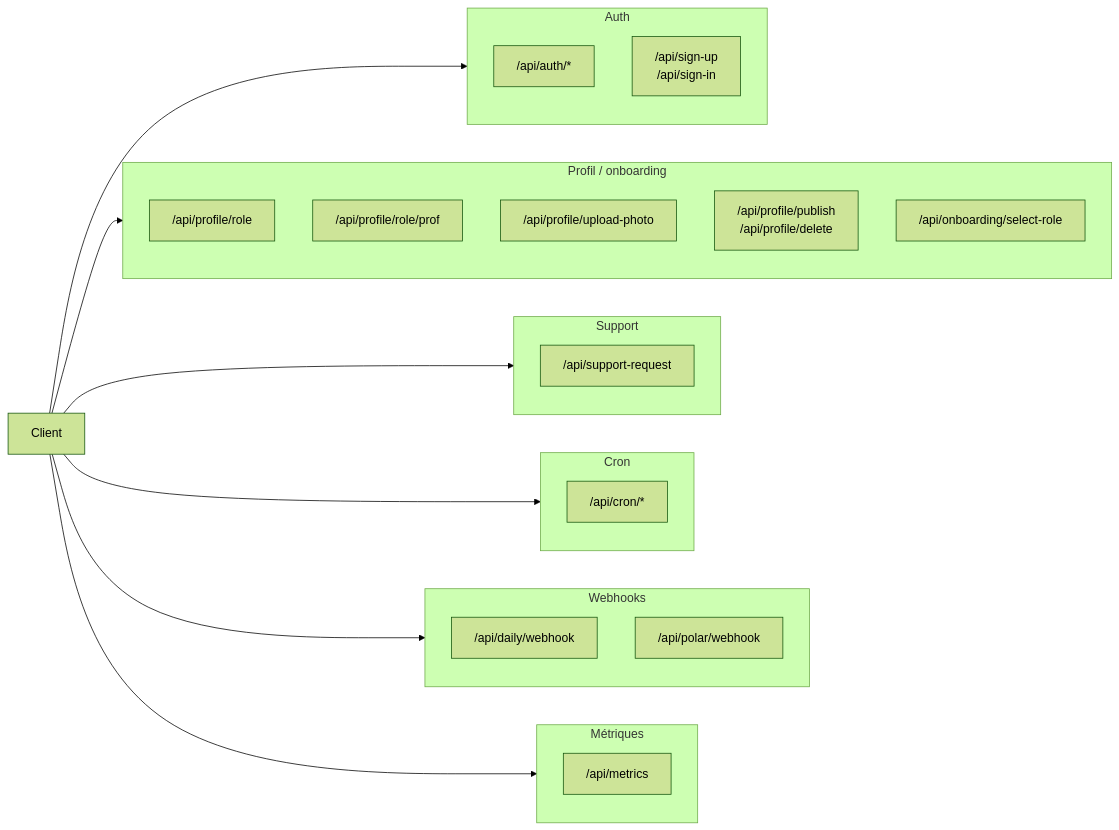
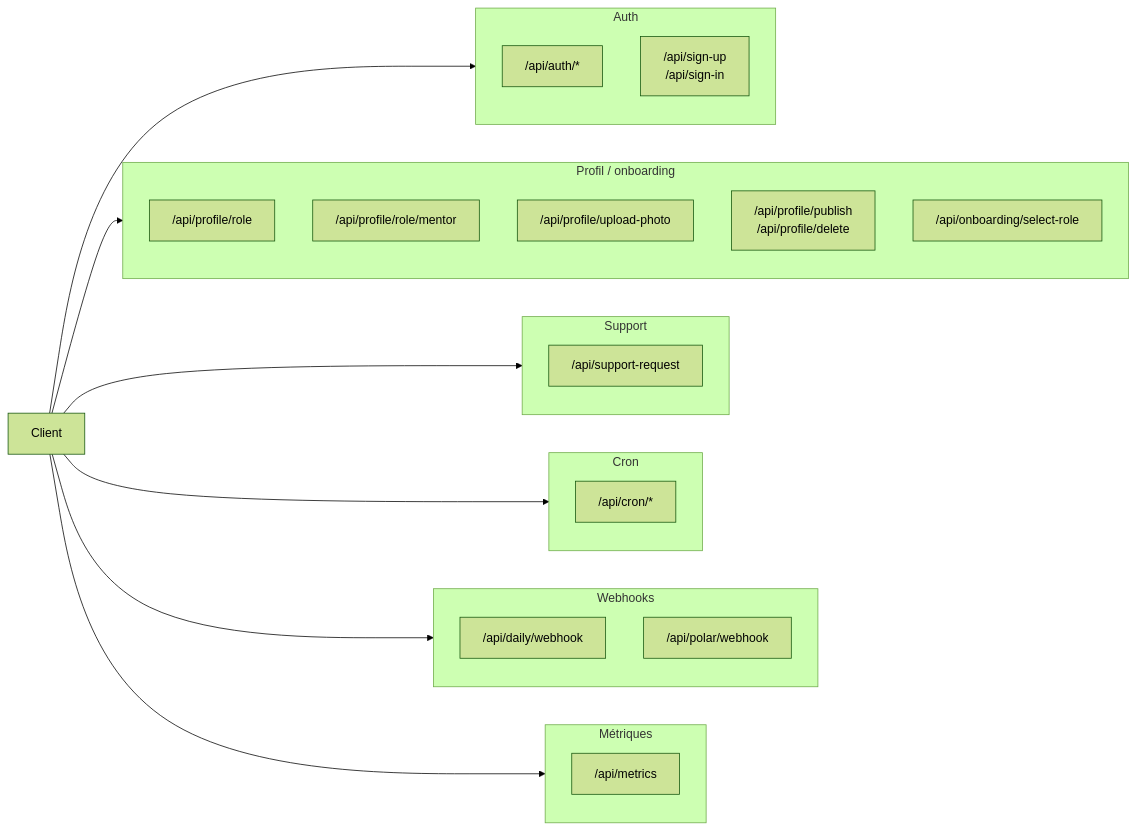
The fifth of 5 diagrams in docs/back.md (alice-444/ls_app), drawn with Mermaid (forest theme) before and after one commit. The commit also changed other lines of this file and 12 other files, not shown here.

````diff
--- a/docs/back.md
+++ b/docs/back.md
@@ -203,39 +203,39 @@
 ```mermaid
 flowchart LR
   subgraph Auth["Auth"]
     A1["/api/auth/*"]
     A2["/api/sign-up\n/api/sign-in"]
   end
 
   subgraph Profil["Profil / onboarding"]
     P1["/api/profile/role"]
-    P2["/api/profile/role/prof"]
+    P2["/api/profile/role/mentor"]
     P3["/api/profile/upload-photo"]
     P4["/api/profile/publish\n/api/profile/delete"]
     P5["/api/onboarding/select-role"]
   end
 
   subgraph Support["Support"]
     S1["/api/support-request"]
   end
 
   subgraph Cron["Cron"]
     C1["/api/cron/*"]
   end
 
   subgraph Webhooks["Webhooks"]
     W1["/api/daily/webhook"]
     W2["/api/polar/webhook"]
   end
 
   subgraph Metrics["Métriques"]
     M1["/api/metrics"]
   end
 
   Client[Client] --> Auth
   Client --> Profil
   Client --> Support
   Client --> Cron
   Client --> Webhooks
   Client --> Metrics
 ```
````
